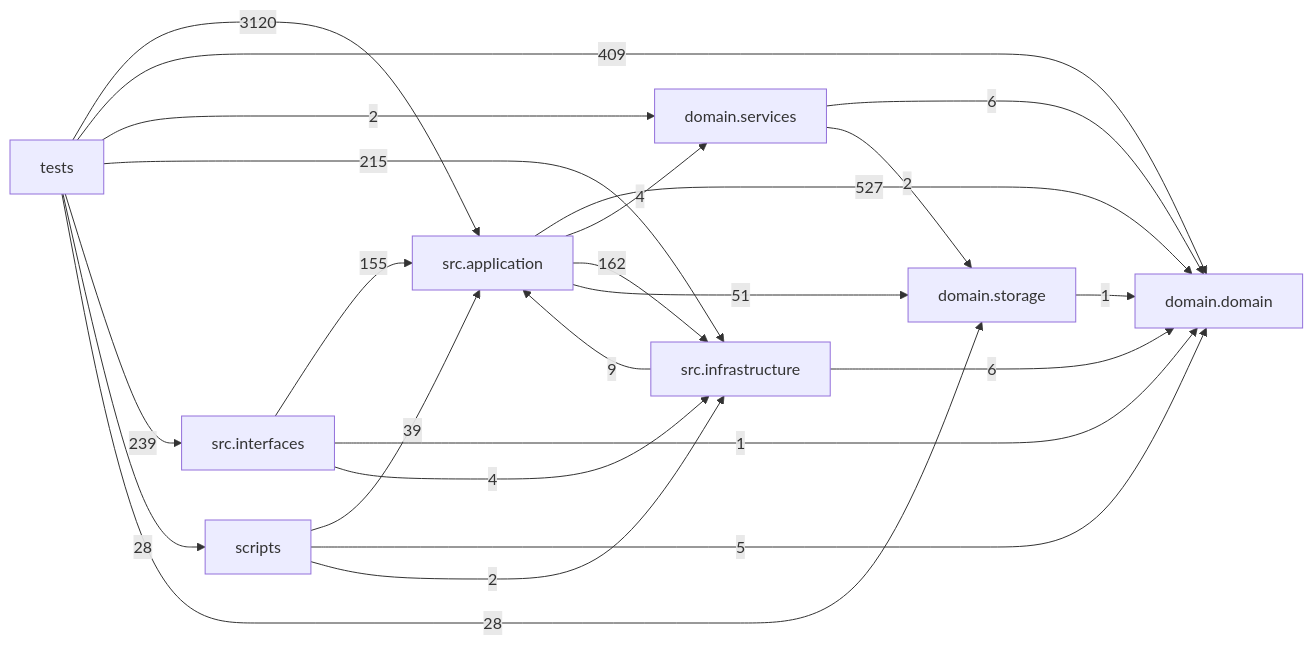
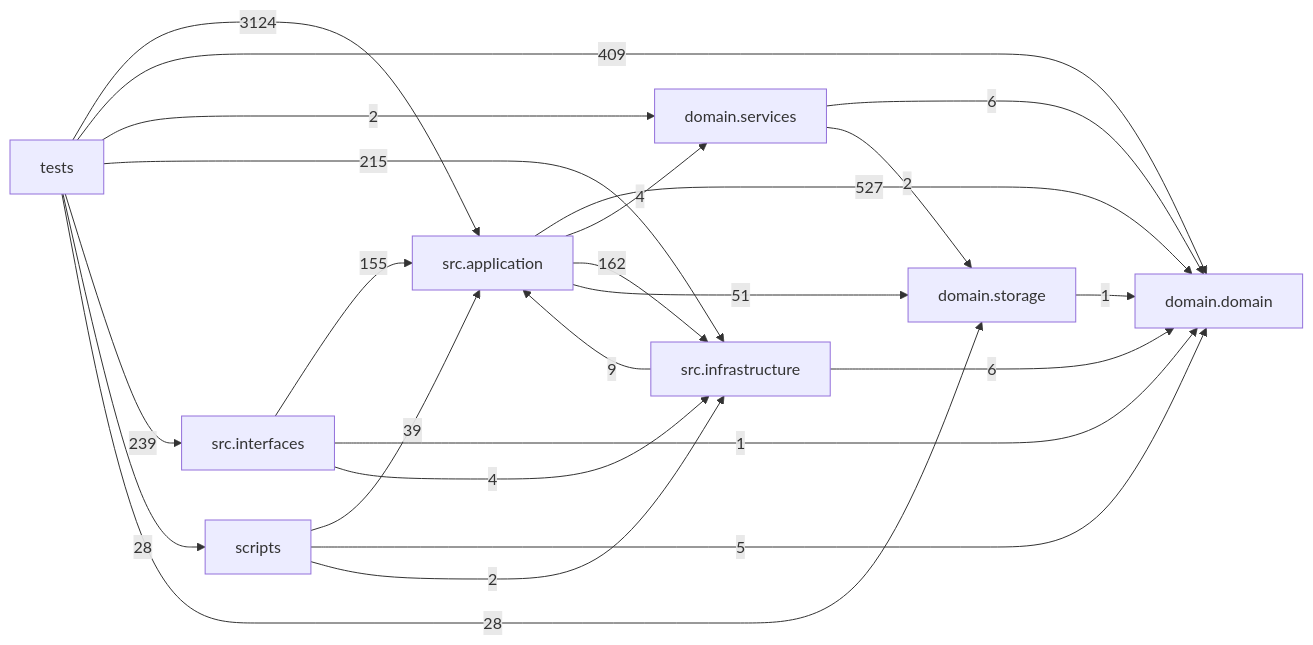
Before and after one commit to liuxie066/options-monitor: the diagram in docs/DEPENDENCY_GRAPH.md, drawn with Mermaid. The commit also changed other lines of this file and 3 other files, not shown here.

````diff
--- a/docs/DEPENDENCY_GRAPH.md
+++ b/docs/DEPENDENCY_GRAPH.md
@@ -24,33 +24,33 @@
 ```mermaid
 flowchart LR
   tests["tests"]
   scripts["scripts"]
   interfaces["src.interfaces"]
   application["src.application"]
   infrastructure["src.infrastructure"]
   domain_services["domain.services"]
   domain["domain.domain"]
   storage["domain.storage"]
   application -->|527| domain
   application -->|4| domain_services
   application -->|162| infrastructure
   application -->|51| storage
   domain_services -->|6| domain
   domain_services -->|2| storage
   infrastructure -->|9| application
   infrastructure -->|6| domain
   interfaces -->|155| application
   interfaces -->|1| domain
   interfaces -->|4| infrastructure
   scripts -->|39| application
   scripts -->|5| domain
   scripts -->|2| infrastructure
   storage -->|1| domain
-  tests -->|3120| application
+  tests -->|3124| application
   tests -->|409| domain
   tests -->|2| domain_services
   tests -->|215| infrastructure
   tests -->|239| interfaces
   tests -->|28| scripts
   tests -->|28| storage
 ```
````
